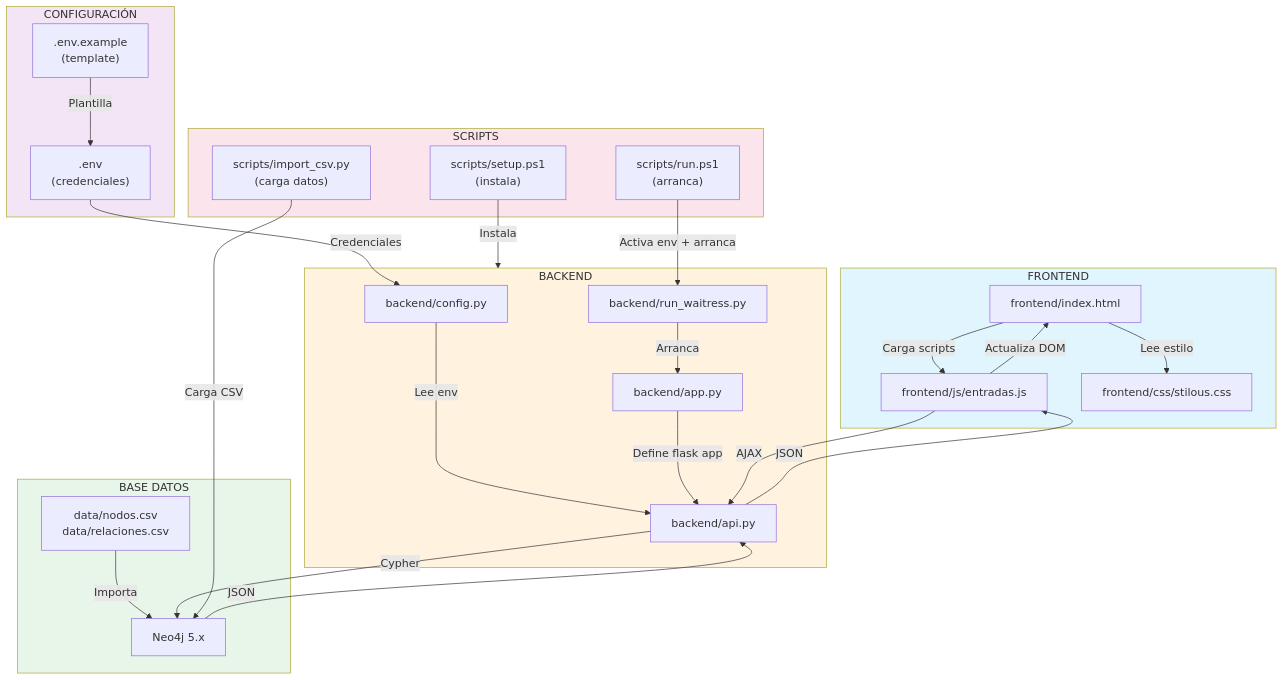
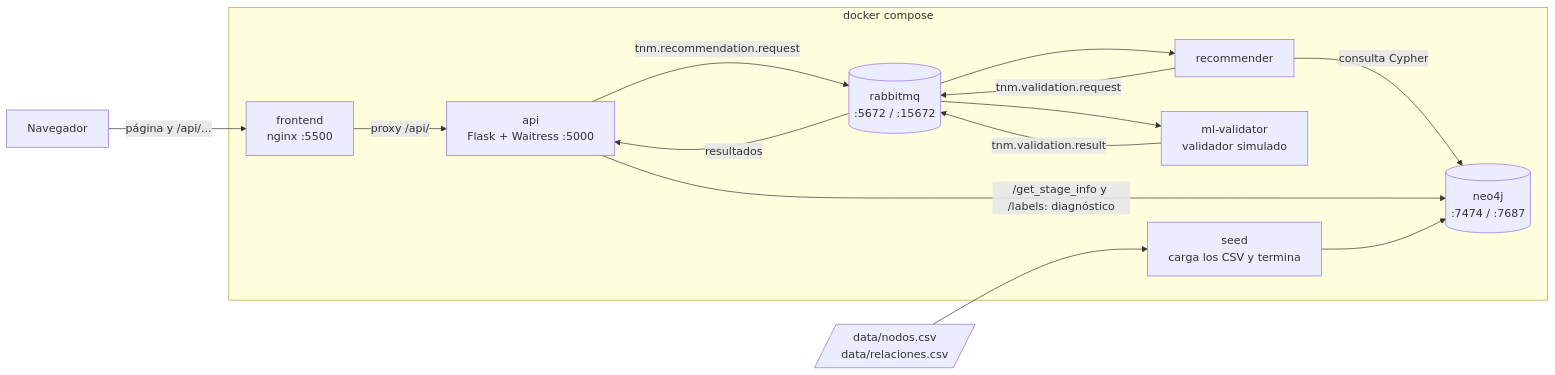
One commit to EduardoCN1/biomedicos changed the first of 4 diagrams in docs/DIAGRAMAS.md. Above: the diagram before and after it, drawn with Mermaid. The commit also changed other lines of this file and 8 other files, not shown here.

First line of the commit message:
Docs: Actualizar ARCHITECTURE.md y DIAGRAMAS.md; diagramas solo en Mermaid

````diff
--- a/docs/DIAGRAMAS.md
+++ b/docs/DIAGRAMAS.md
@@ -5,55 +7,28 @@
 ```mermaid
-graph TB
-    subgraph Frontend["FRONTEND"]
-        HTML[frontend/index.html]
-        JS[frontend/js/entradas.js]
-        CSS[frontend/css/stilous.css]
-        HTML -->|Lee estilo| CSS
-        HTML -->|Carga scripts| JS
+flowchart LR
+    Browser["Navegador"]
+
+    subgraph Docker["docker compose"]
+        Frontend["frontend<br/>nginx :5500"]
+        API["api<br/>Flask + Waitress :5000"]
+        RabbitMQ[("rabbitmq<br/>:5672 / :15672")]
+        Recommender["recommender"]
+        Validator["ml-validator<br/>validador simulado"]
+        Neo4j[("neo4j<br/>:7474 / :7687")]
+        Seed["seed<br/>carga los CSV y termina"]
     end
-    
-    subgraph Backend["BACKEND"]
-        Config[backend/config.py]
-        API[backend/api.py]
-        App[backend/app.py]
-        Waitress[backend/run_waitress.py]
-        Config -->|Lee env| API
-        App -->|Define flask app| API
-        Waitress -->|Arranca| App
-    end
-    
-    subgraph Database["BASE DATOS"]
-        Neo4j["Neo4j 5.x"]
-        CSV["data/nodos.csv<br/>data/relaciones.csv"]
-        CSV -->|Importa| Neo4j
-    end
-    
-    subgraph Config_Files["CONFIGURACIÓN"]
-        Env[".env<br/>(credenciales)"]
-        EnvExample[".env.example<br/>(template)"]
-    end
-    
-    subgraph Scripts["SCRIPTS"]
-        Setup["scripts/setup.ps1<br/>(instala)"]
-        Run["scripts/run.ps1<br/>(arranca)"]
-        Import["scripts/import_csv.py<br/>(carga datos)"]
-    end
-    
-    JS -->|AJAX|API
-    API -->|Cypher|Neo4j
-    Neo4j -->|JSON|API
-    API -->|JSON|JS
-    JS -->|Actualiza DOM|HTML
-    
-    Env -->|Credenciales|Config
-    EnvExample -->|Plantilla|Env
-    Setup -->|Instala|Backend
-    Run -->|Activa env + arranca|Waitress
-    Import -->|Carga CSV|Neo4j
-    
-    style Frontend fill:#e1f5ff
-    style Backend fill:#fff3e0
-    style Database fill:#e8f5e9
-    style Config_Files fill:#f3e5f5
-    style Scripts fill:#fce4ec
+
+    CSV[/"data/nodos.csv<br/>data/relaciones.csv"/]
+
+    Browser -->|página y /api/...| Frontend
+    Frontend -->|proxy /api/| API
+    API -->|tnm.recommendation.request| RabbitMQ
+    RabbitMQ --> Recommender
+    Recommender -->|consulta Cypher| Neo4j
+    Recommender -->|tnm.validation.request| RabbitMQ
+    RabbitMQ --> Validator
+    Validator -->|tnm.validation.result| RabbitMQ
+    RabbitMQ -->|resultados| API
+    API -->|/get_stage_info y /labels: diagnóstico| Neo4j
+    CSV --> Seed --> Neo4j
 ```
````
